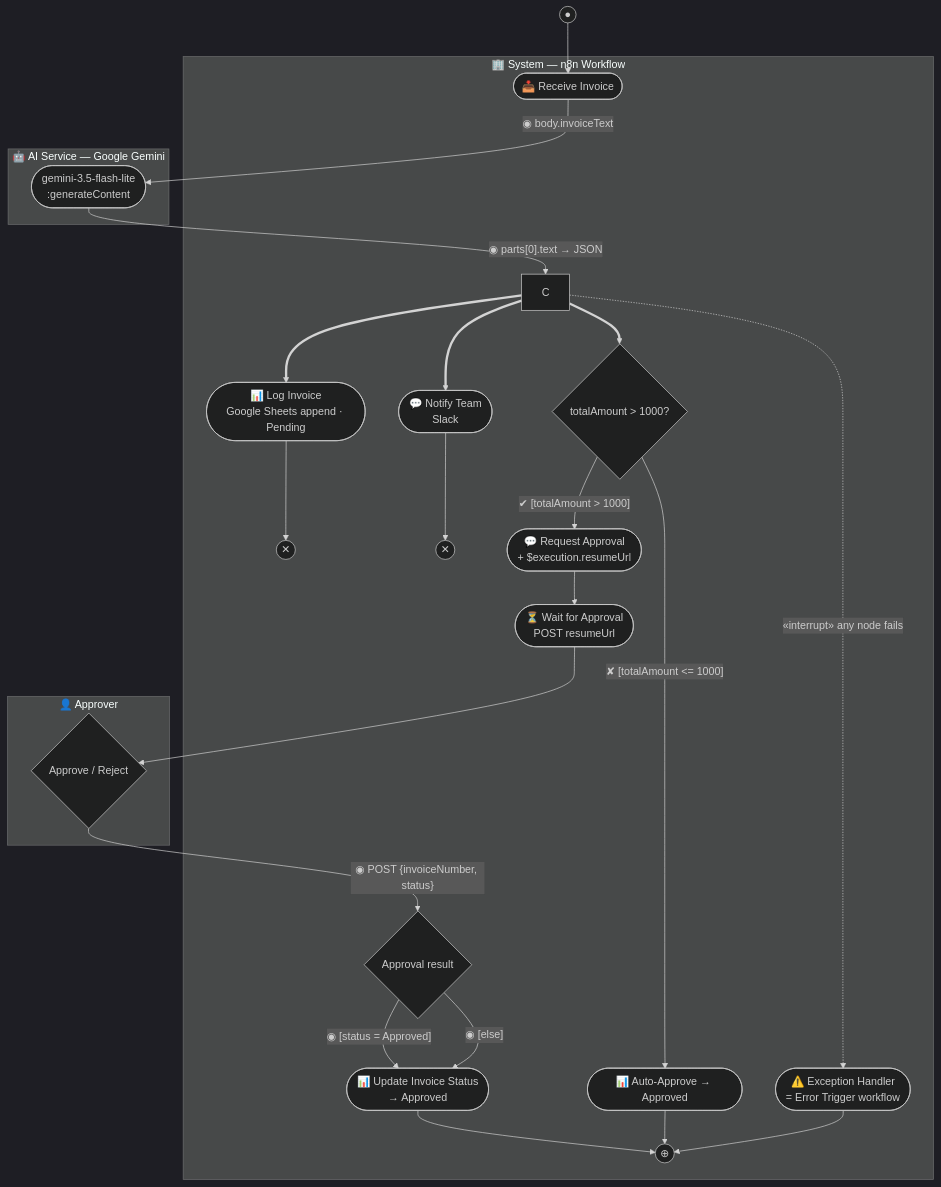
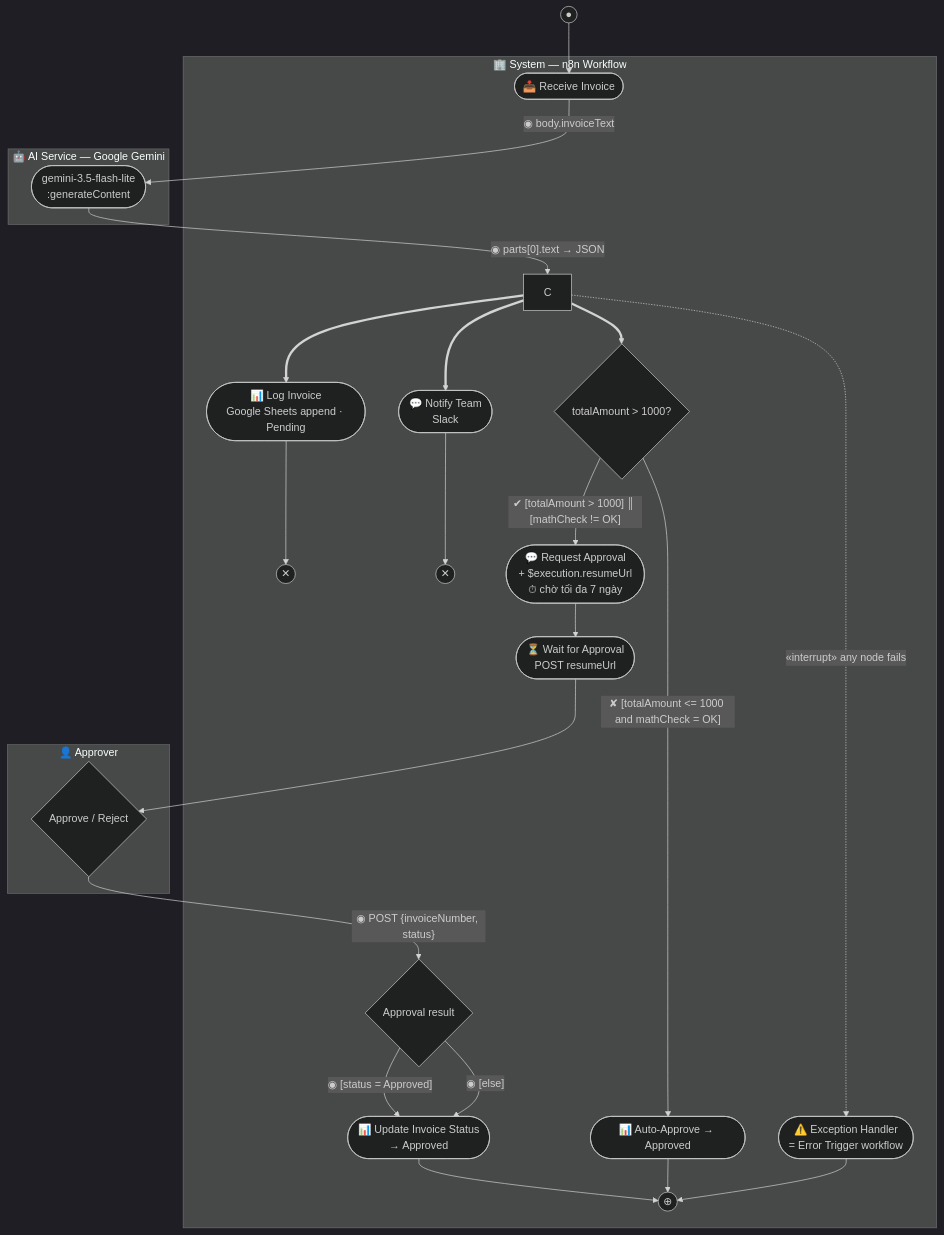
One commit to DoTuanPhong/make_-Invoice-processing-automated-workflow changed the fourth of 4 diagrams in activity-diagram.md. Above: the diagram before and after it, drawn with Mermaid (dark theme). The commit also changed other lines of this file and 11 other files, not shown here.

````diff
--- a/activity-diagram.md
+++ b/activity-diagram.md
@@ -145,32 +145,32 @@
 ```mermaid
 flowchart TD
     START((●)) --> A
     subgraph SYS["🏢 System — n8n Workflow"]
         A(["📥 Receive Invoice"])
         C ==> D(["📊 Log Invoice<br/>Google Sheets append · Pending"])
         D --> FFD(("✕"))
         C ==> E(["💬 Notify Team<br/>Slack"])
         E --> FFE(("✕"))
         C ==> F{"totalAmount > 1000?"}
-        F -->|"✔ [totalAmount > 1000]"| G(["💬 Request Approval<br/>+ $execution.resumeUrl"])
+        F -->|"✔ [totalAmount > 1000] ║ [mathCheck != OK]"| G(["💬 Request Approval<br/>+ $execution.resumeUrl<br/>⏱ chờ tối đa 7 ngày"])
         G --> H(["⏳ Wait for Approval<br/>POST resumeUrl"])
         MD{"Approval result"}
         MD -->|"◉ [status = Approved]"| I(["📊 Update Invoice Status<br/>→ Approved"])
         MD -->|"◉ [else]"| I
-        F -->|"✘ [totalAmount <= 1000]"| J(["📊 Auto-Approve → Approved"])
+        F -->|"✘ [totalAmount <= 1000 and mathCheck = OK]"| J(["📊 Auto-Approve → Approved"])
         I --> K((⊕))
         J --> K
         C -.->|"«interrupt» any node fails"| X(["⚠️ Exception Handler<br/>= Error Trigger workflow"])
         X --> K
     end
     subgraph AI["🤖 AI Service — Google Gemini"]
         B(["gemini-3.5-flash-lite<br/>:generateContent"])
     end
     subgraph APP["👤 Approver"]
         AP{"Approve / Reject"}
     end
     A -->|"◉ body.invoiceText"| B
     B -->|"◉ parts[0].text → JSON"| C
     H --> AP
     AP -->|"◉ POST {invoiceNumber, status}"| MD
 ```
````
